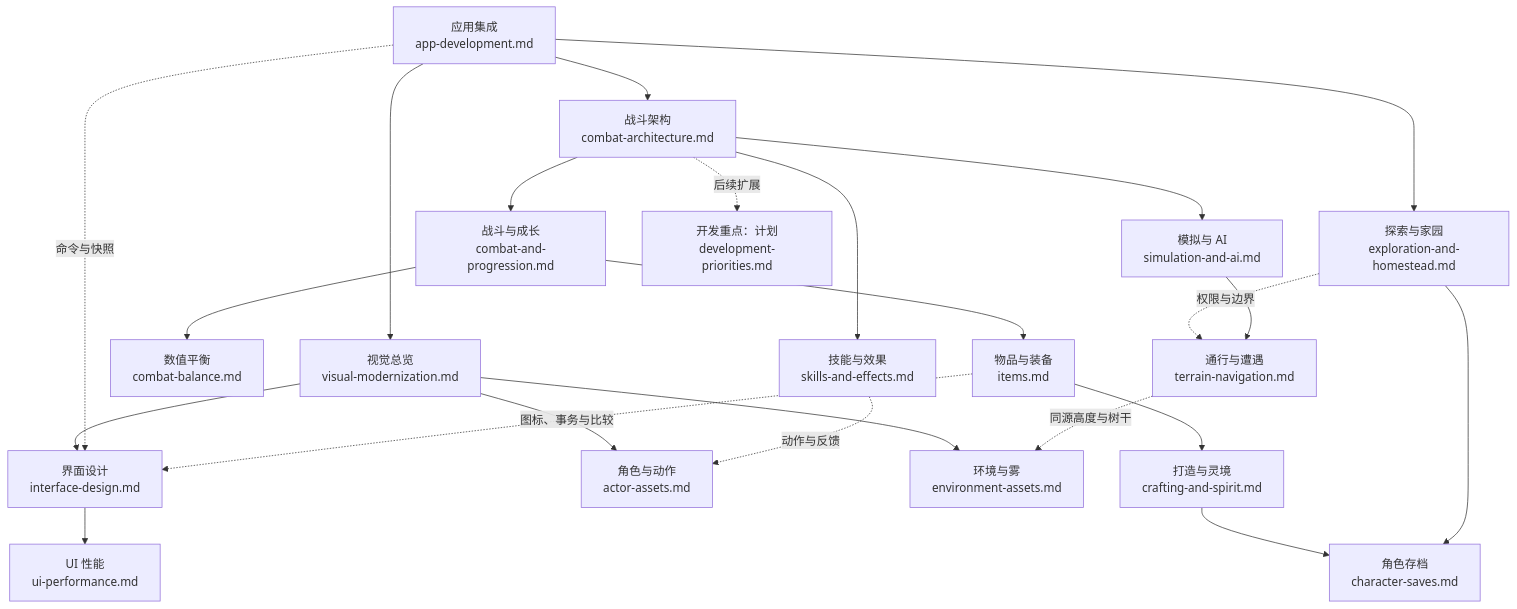
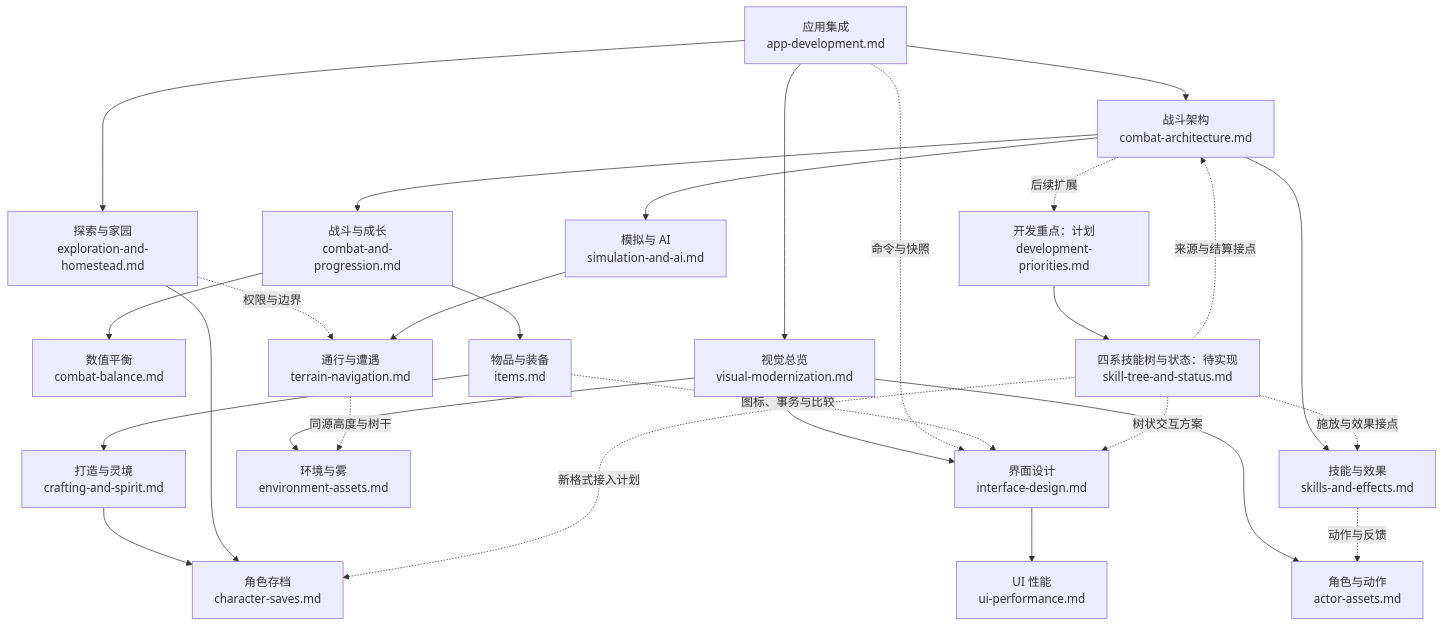
The second of 3 diagrams in docs/README.md (lanyik/lanyik), drawn with Mermaid before and after one commit. The commit also changed other lines of this file and 5 other files, not shown here.

Commit message:
docs(survivor): design four-school skill trees and status effects

````diff
--- a/docs/README.md
+++ b/docs/README.md
@@ -116,25 +116,30 @@
 ```mermaid
 flowchart TB
     app["应用集成<br/>app-development.md"] --> combat["战斗架构<br/>combat-architecture.md"]
     combat --> ai["模拟与 AI<br/>simulation-and-ai.md"]
     combat --> loop["战斗与成长<br/>combat-and-progression.md"]
     combat --> skill["技能与效果<br/>skills-and-effects.md"]
     loop --> balance["数值平衡<br/>combat-balance.md"]
     loop --> item["物品与装备<br/>items.md"]
     item --> craft["打造与灵境<br/>crafting-and-spirit.md"]
     craft --> save["角色存档<br/>character-saves.md"]
     app --> explore["探索与家园<br/>exploration-and-homestead.md"]
     explore --> save
     explore -. 权限与边界 .-> terrain
     ai --> terrain["通行与遭遇<br/>terrain-navigation.md"]
     app --> visual["视觉总览<br/>visual-modernization.md"]
     visual --> actor["角色与动作<br/>actor-assets.md"]
     visual --> env["环境与雾<br/>environment-assets.md"]
     visual --> ui["界面设计<br/>interface-design.md"]
     app -. 命令与快照 .-> ui
     item -. 图标、事务与比较 .-> ui
     ui --> perf["UI 性能<br/>ui-performance.md"]
     combat -. 后续扩展 .-> plan["开发重点：计划<br/>development-priorities.md"]
+    plan --> tree["四系技能树与状态：待实现<br/>skill-tree-and-status.md"]
+    tree -. 施放与效果接点 .-> skill
+    tree -. 来源与结算接点 .-> combat
+    tree -. 树状交互方案 .-> ui
+    tree -. 新格式接入计划 .-> save
     skill -. 动作与反馈 .-> actor
     terrain -. 同源高度与树干 .-> env
 ```
````
